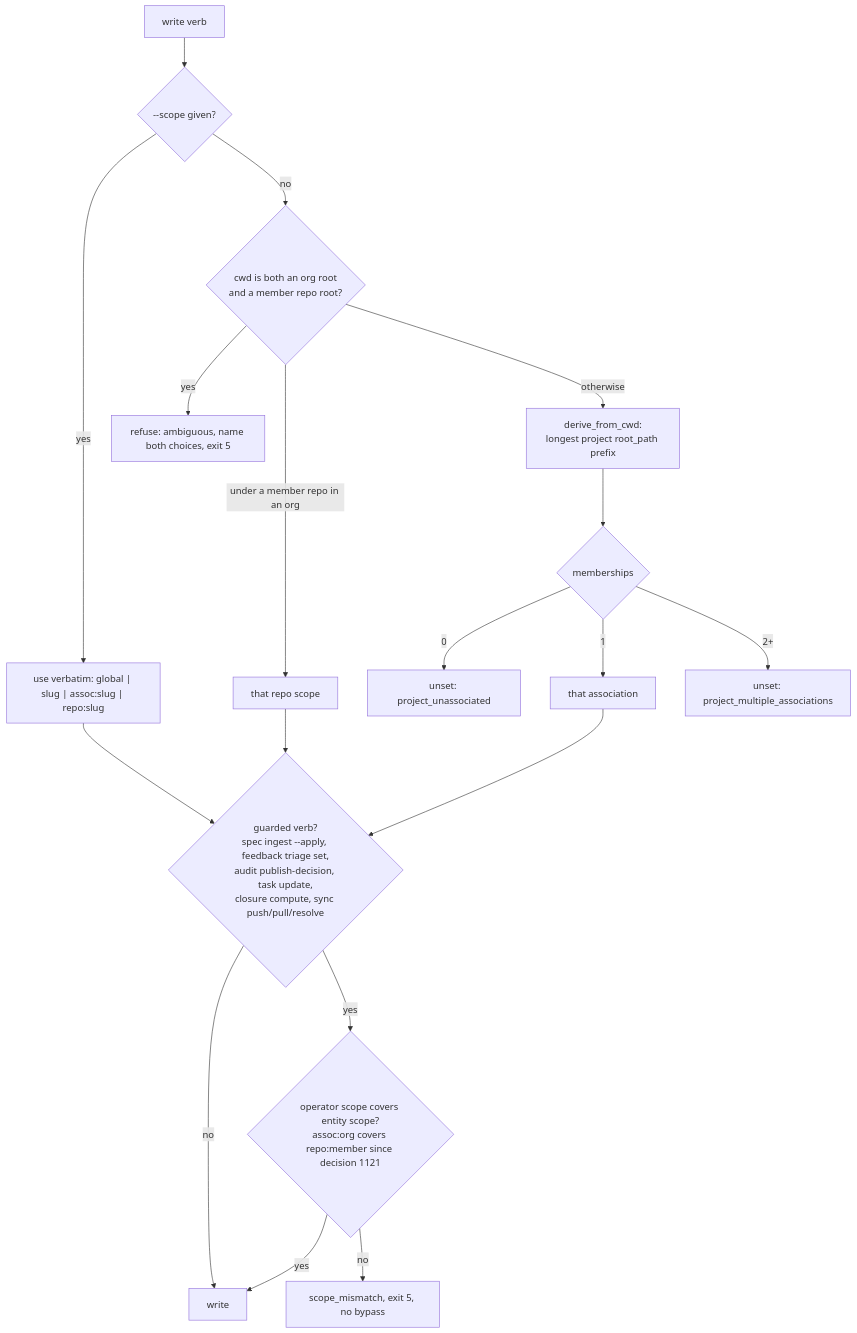
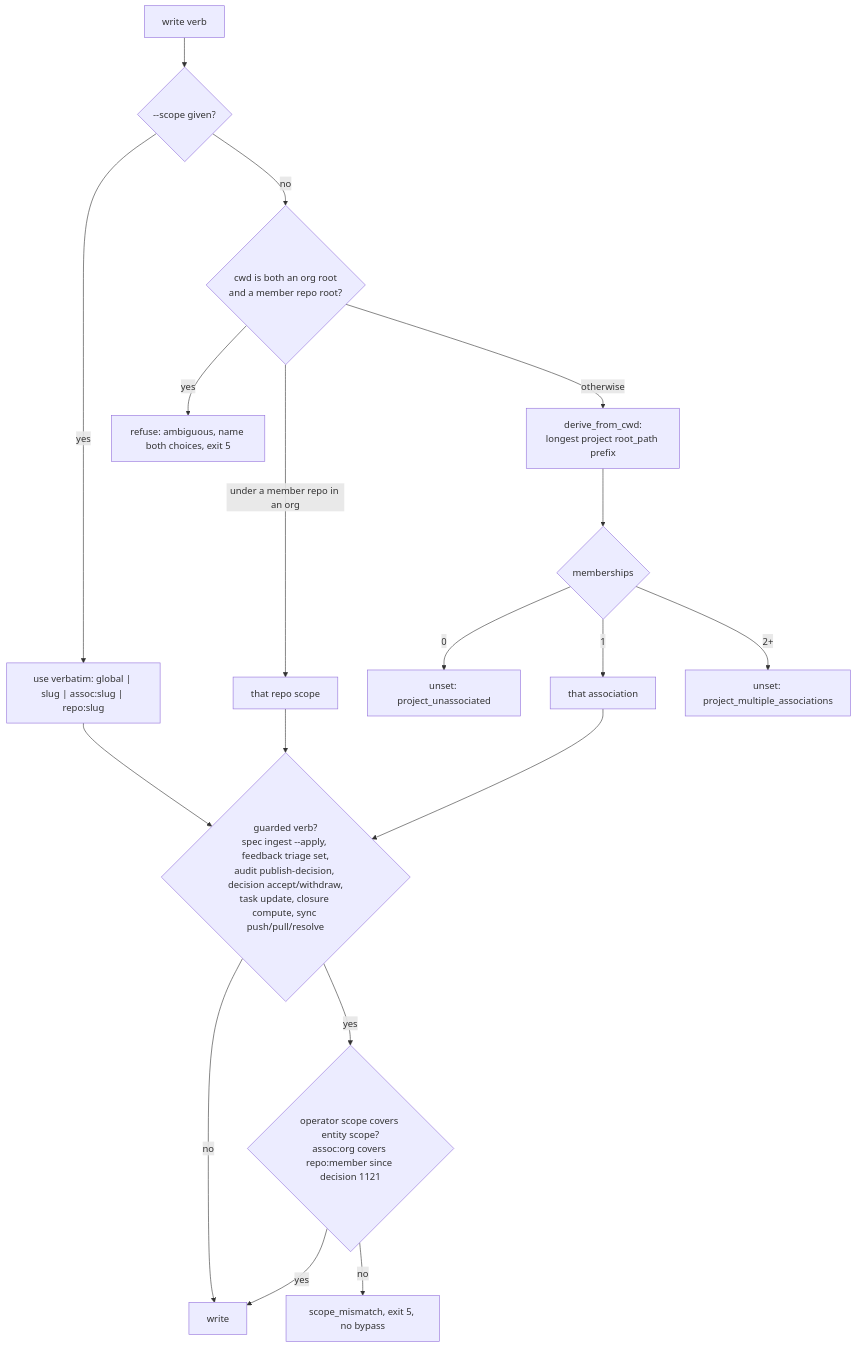
Diagram 29 of 29 in docs/lifecycles.md (rdrsss/planar), drawn with Mermaid before and after one commit. The commit also changed other lines of this file and 62 other files, not shown here.

````diff
--- a/docs/lifecycles.md
+++ b/docs/lifecycles.md
@@ -851,18 +851,18 @@
 ```mermaid
 flowchart TD
     W[write verb] --> F{--scope given?}
     F -->|yes| U["use verbatim: global | slug | assoc:slug | repo:slug"]
     F -->|no| M{cwd is both an org root<br/>and a member repo root?}
     M -->|yes| AMB[refuse: ambiguous, name both choices, exit 5]
     M -->|under a member repo in an org| REPO[that repo scope]
     M -->|otherwise| D[derive_from_cwd:<br/>longest project root_path prefix]
     D --> N{memberships}
     N -->|0| UNSET[unset: project_unassociated]
     N -->|1| ONE[that association]
     N -->|2+| UNSET2[unset: project_multiple_associations]
-    U & REPO & ONE --> G{guarded verb?<br/>spec ingest --apply, feedback triage set,<br/>audit publish-decision, task update,<br/>closure compute, sync push/pull/resolve}
+    U & REPO & ONE --> G{guarded verb?<br/>spec ingest --apply, feedback triage set,<br/>audit publish-decision, decision accept/withdraw,<br/>task update, closure compute, sync push/pull/resolve}
     G -->|no| WRITE[write]
     G -->|yes| CMP{operator scope covers entity scope?<br/>assoc:org covers repo:member since decision 1121}
     CMP -->|yes| WRITE
     CMP -->|no| REF[scope_mismatch, exit 5, no bypass]
 ```
````
